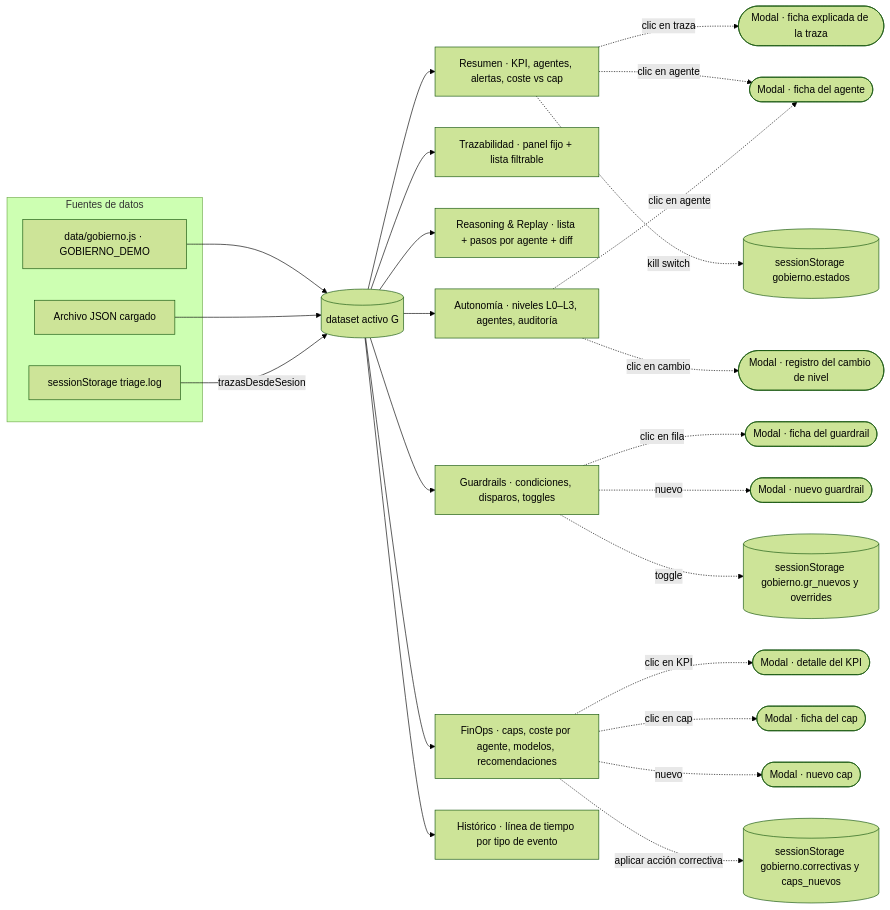
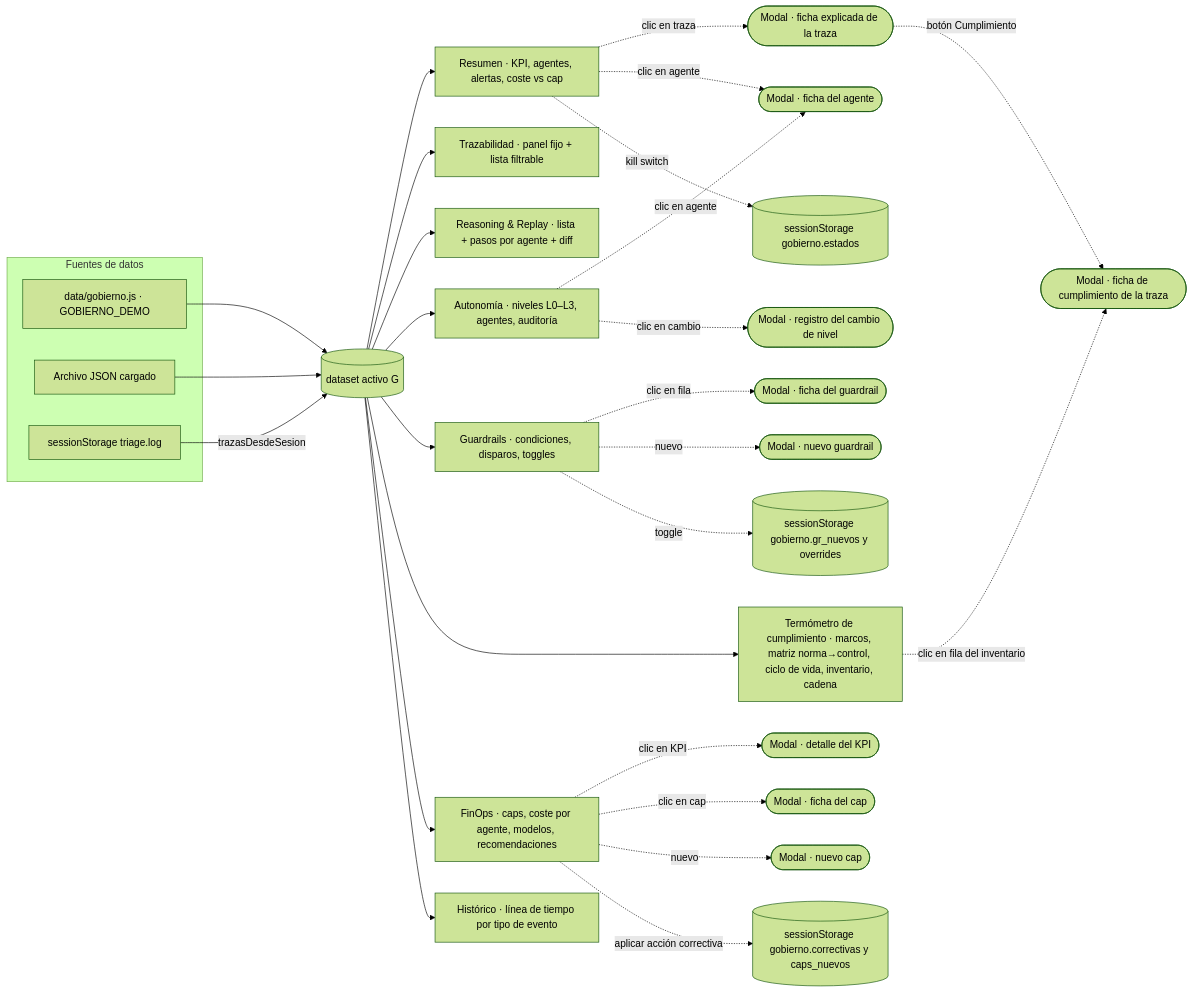
Before and after one commit to nachoenjuto/fnol-triage-v2: the third of 4 diagrams in _docs/arquitectura.md, drawn with Mermaid (forest theme). The commit also changed other lines of this file and 25 other files, not shown here.

First line of the commit message:
Capa de cumplimiento normativo: bloque _gobernanza en la Respuesta cruda y Termómetro de cumplimiento

````diff
--- a/_docs/arquitectura.md
+++ b/_docs/arquitectura.md
@@ -46,30 +52,33 @@
 ```mermaid
 flowchart LR
   subgraph fuentes[Fuentes de datos]
     demo[data/gobierno.js · GOBIERNO_DEMO]
     json[Archivo JSON cargado]
     sesion[sessionStorage triage.log]
   end
   demo --> G[(dataset activo G)]
   json --> G
   sesion -->|trazasDesdeSesion| G
   G --> resumen[Resumen · KPI, agentes, alertas, coste vs cap]
   G --> trazas[Trazabilidad · panel fijo + lista filtrable]
   G --> replay[Reasoning & Replay · lista + pasos por agente + diff]
   G --> autonomia[Autonomía · niveles L0–L3, agentes, auditoría]
   G --> guardrails[Guardrails · condiciones, disparos, toggles]
+  G --> cumpl[Termómetro de cumplimiento · marcos, matriz norma→control, ciclo de vida, inventario, cadena]
   G --> finops[FinOps · caps, coste por agente, modelos, recomendaciones]
   G --> historico[Histórico · línea de tiempo por tipo de evento]
   resumen -. clic en traza .-> mTraza([Modal · ficha explicada de la traza])
   resumen -. clic en agente .-> mAgente([Modal · ficha del agente])
   autonomia -. clic en agente .-> mAgente
   resumen -. kill switch .-> estado[(sessionStorage gobierno.estados)]
   guardrails -. clic en fila .-> mGr([Modal · ficha del guardrail])
   guardrails -. nuevo .-> mGrN([Modal · nuevo guardrail])
   guardrails -. toggle .-> estado2[(sessionStorage gobierno.gr_nuevos y overrides)]
   finops -. clic en KPI .-> mKpi([Modal · detalle del KPI])
   finops -. clic en cap .-> mCap([Modal · ficha del cap])
   finops -. nuevo .-> mCapN([Modal · nuevo cap])
   finops -. aplicar acción correctiva .-> estado3[(sessionStorage gobierno.correctivas y caps_nuevos)]
   autonomia -. clic en cambio .-> mCambio([Modal · registro del cambio de nivel])
+  cumpl -. clic en fila del inventario .-> mCmp([Modal · ficha de cumplimiento de la traza])
+  mTraza -. botón Cumplimiento .-> mCmp
 ```
````
